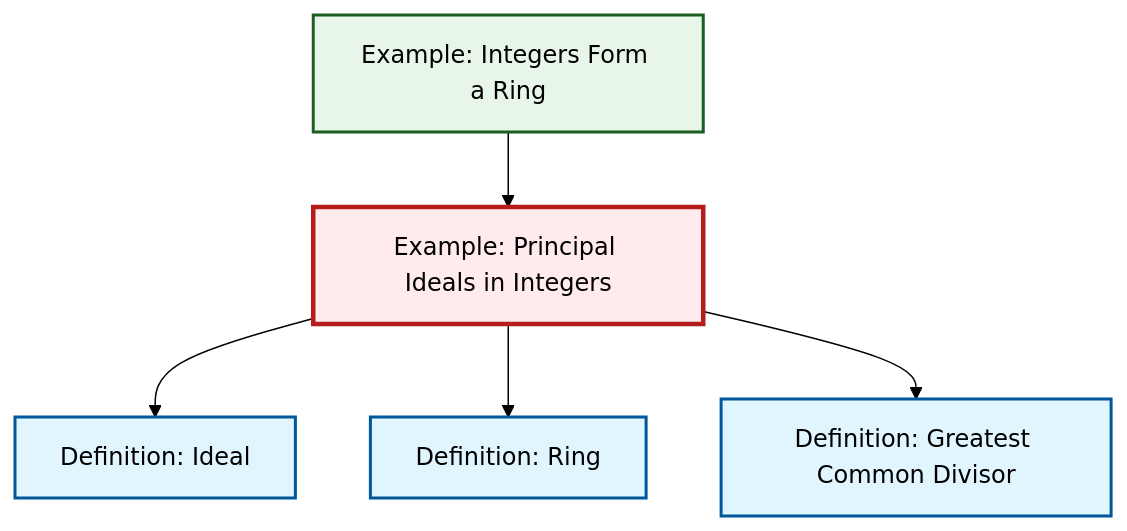
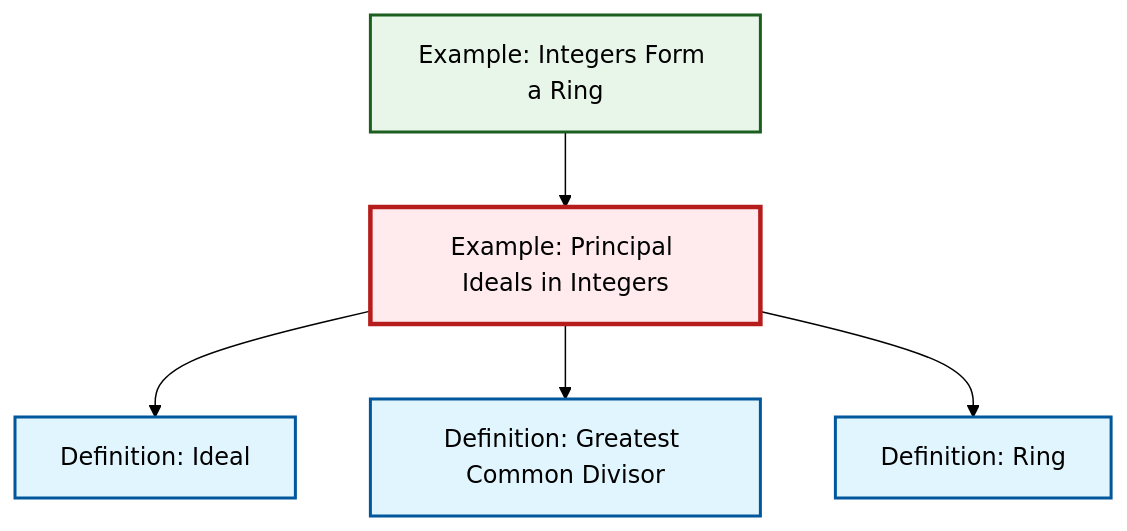
One commit to RK0429/ModernMath changed the diagram in output/mermaid/ex-principal-ideal.mermaid. Above: the diagram before and after it, drawn with Mermaid (forest theme). The commit also changed other lines of this file and 360 other files, not shown here.

```diff
--- a/output/mermaid/ex-principal-ideal.mermaid
+++ b/output/mermaid/ex-principal-ideal.mermaid
@@ -1,17 +1,17 @@
 %%| fig-cap: "Local dependency graph"
 graph TD
     classDef definition fill:#e1f5fe,stroke:#01579b,stroke-width:2px
     classDef theorem fill:#f3e5f5,stroke:#4a148c,stroke-width:2px
     classDef axiom fill:#fff3e0,stroke:#e65100,stroke-width:2px
     classDef example fill:#e8f5e9,stroke:#1b5e20,stroke-width:2px
     classDef current fill:#ffebee,stroke:#b71c1c,stroke-width:3px
-    def-gcd["Definition: Greatest Common Divisor"]:::definition
     ex-principal-ideal["Example: Principal Ideals in Integers"]:::example
     def-ideal["Definition: Ideal"]:::definition
     def-ring["Definition: Ring"]:::definition
+    def-gcd["Definition: Greatest Common Divisor"]:::definition
     ex-integers-ring["Example: Integers Form a Ring"]:::example
+    ex-integers-ring --> ex-principal-ideal
     ex-principal-ideal --> def-ideal
+    ex-principal-ideal --> def-gcd
     ex-principal-ideal --> def-ring
-    ex-integers-ring --> ex-principal-ideal
-    ex-principal-ideal --> def-gcd
     class ex-principal-ideal current
```
